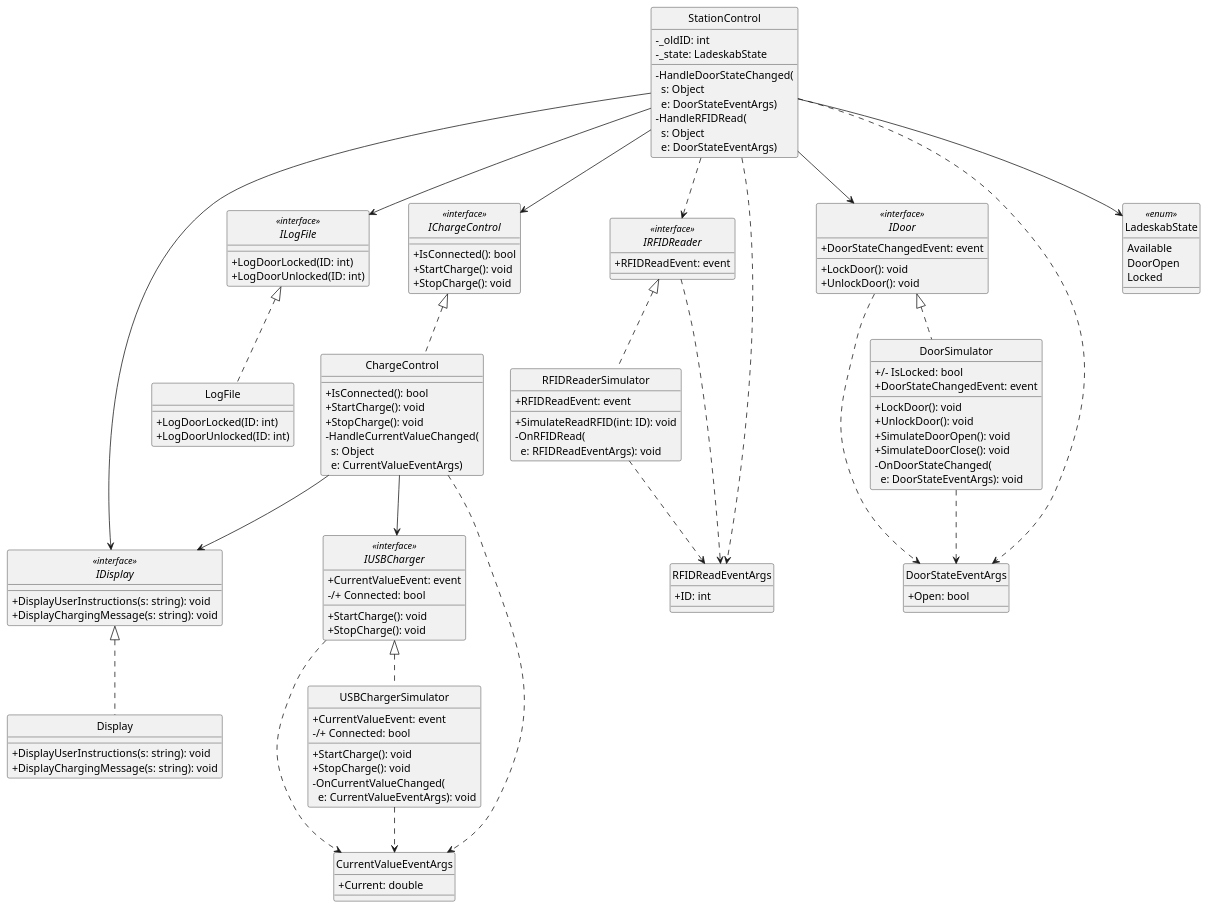
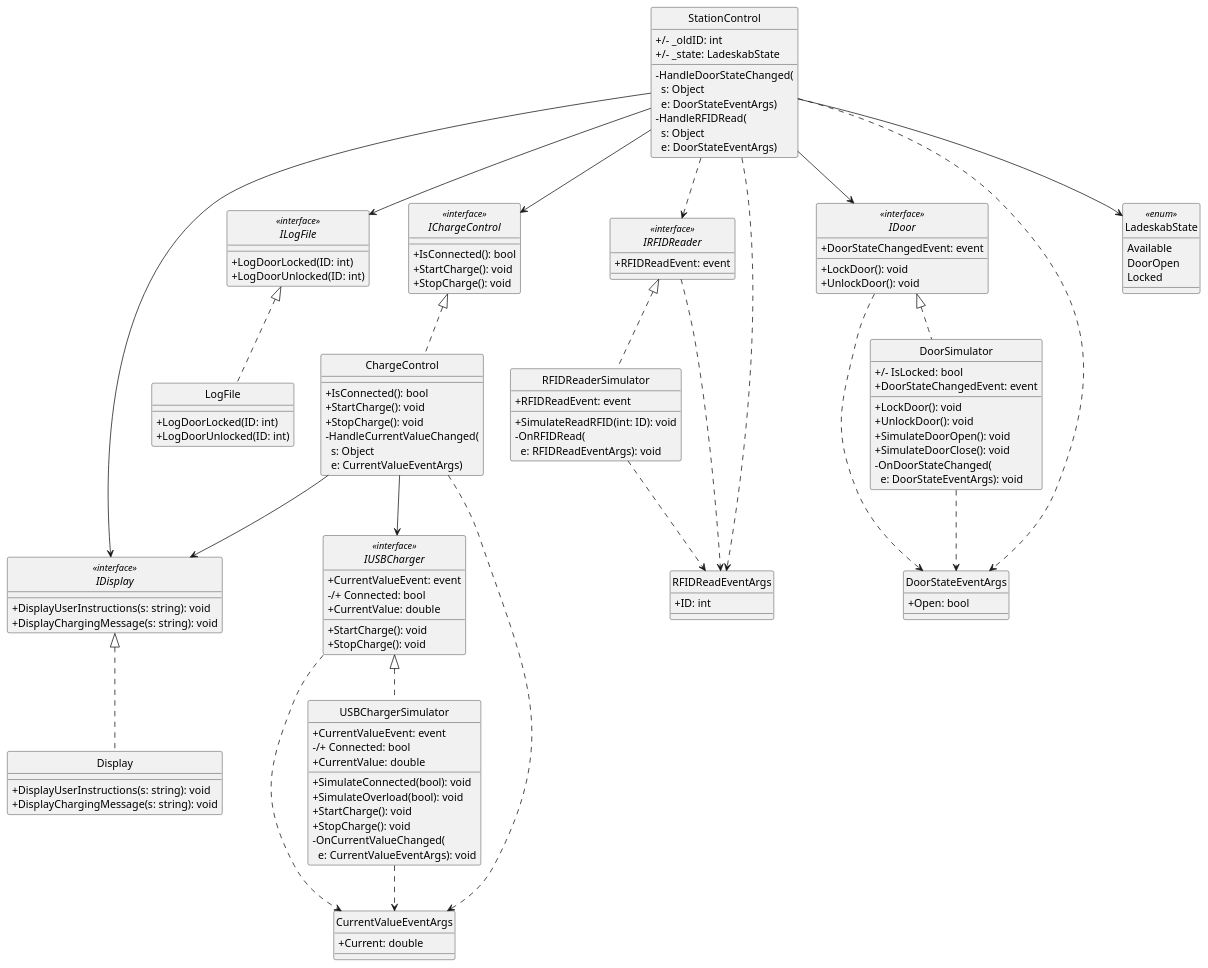
The diagram in UML/ClassDiagram.puml (Yoda92/Aflevering2), drawn with PlantUML before and after one commit. The commit also changed 1 other file, not shown here.

Commit message:
Fixed Class Diagram

```diff
--- a/UML/ClassDiagram.puml
+++ b/UML/ClassDiagram.puml
@@ -1,129 +1,133 @@
 @startuml
 hide circle
 skinparam classAttributeIconSize 0
 
 interface IDoor <<interface>> {
     + DoorStateChangedEvent: event
     + LockDoor(): void
     + UnlockDoor(): void
 }
 
 class DoorSimulator {
     +/- IsLocked: bool
     + DoorStateChangedEvent: event
     + LockDoor(): void
     + UnlockDoor(): void
     + SimulateDoorOpen(): void
     + SimulateDoorClose(): void
     - OnDoorStateChanged(\n  e: DoorStateEventArgs): void
 }
 
 class DoorStateEventArgs {
     + Open: bool
 }
 
 interface IRFIDReader <<interface>>{
     + RFIDReadEvent: event
 }
 
 class RFIDReaderSimulator {
     + RFIDReadEvent: event
     + SimulateReadRFID(int: ID): void
     - OnRFIDRead(\n  e: RFIDReadEventArgs): void
 }
 
 class RFIDReadEventArgs {
     + ID: int
 }
 
 class StationControl {
-    - _oldID: int
-    - _state: LadeskabState
+    +/- _oldID: int
+    +/- _state: LadeskabState
     - HandleDoorStateChanged(\n  s: Object\n  e: DoorStateEventArgs)
     - HandleRFIDRead(\n  s: Object\n  e: DoorStateEventArgs)
 }
 
 enum LadeskabState <<enum>>{
     Available
     DoorOpen
     Locked
 }
 
 interface IUSBCharger <<interface>>{
     + CurrentValueEvent: event
     + StartCharge(): void
     + StopCharge(): void
     -/+ Connected: bool
+    + CurrentValue: double
 }
 
 class CurrentValueEventArgs {
     + Current: double
 }
 
 
 class USBChargerSimulator {
     + CurrentValueEvent: event
+    + SimulateConnected(bool): void
+    + SimulateOverload(bool): void
     + StartCharge(): void
     + StopCharge(): void
     - OnCurrentValueChanged(\n  e: CurrentValueEventArgs): void
     -/+ Connected: bool
+    + CurrentValue: double
 }
 
 interface IChargeControl <<interface>>{
     + IsConnected(): bool
     + StartCharge(): void
     + StopCharge(): void
 }
 
 class ChargeControl {
     + IsConnected(): bool
     + StartCharge(): void
     + StopCharge(): void
     - HandleCurrentValueChanged(\n  s: Object\n  e: CurrentValueEventArgs)
 }
 
 interface IDisplay <<interface>>{
     + DisplayUserInstructions(s: string): void
     + DisplayChargingMessage(s: string): void
 }
 
 class Display {
     + DisplayUserInstructions(s: string): void
     + DisplayChargingMessage(s: string): void
 }
 
 interface ILogFile <<interface>>{
     + LogDoorLocked(ID: int)
     + LogDoorUnlocked(ID: int)
 }
 
 class LogFile {
     + LogDoorLocked(ID: int)
     + LogDoorUnlocked(ID: int)
 }
 
 
 DoorSimulator .up.|> IDoor
 StationControl --> IDoor
 RFIDReaderSimulator .up.|> IRFIDReader
 RFIDReaderSimulator ..> RFIDReadEventArgs
 IRFIDReader ..> RFIDReadEventArgs
 StationControl ..> IRFIDReader
 USBChargerSimulator .up.|> IUSBCharger
 USBChargerSimulator ..> CurrentValueEventArgs
 IUSBCharger ..> CurrentValueEventArgs
 ChargeControl --> IUSBCharger
 StationControl --> IChargeControl
 ChargeControl .up.|> IChargeControl
 LogFile .up.|> ILogFile
 StationControl --> ILogFile
 Display .up.|> IDisplay
 StationControl --> IDisplay
 ChargeControl --> IDisplay 
 StationControl --> LadeskabState
 StationControl ..> RFIDReadEventArgs
 StationControl ..> DoorStateEventArgs
 IDoor ..> DoorStateEventArgs
 DoorSimulator ..> DoorStateEventArgs 
 ChargeControl ..> CurrentValueEventArgs
 @enduml
```
